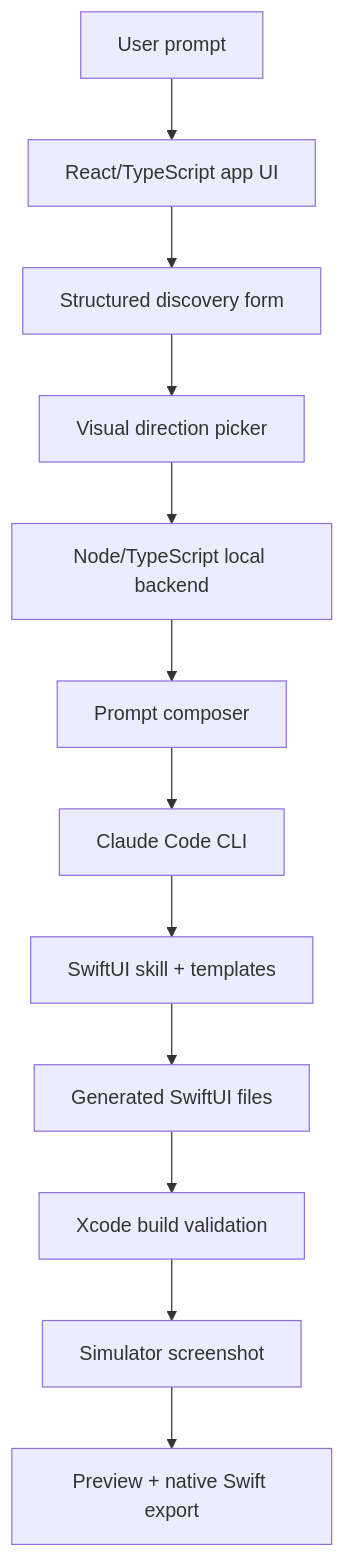
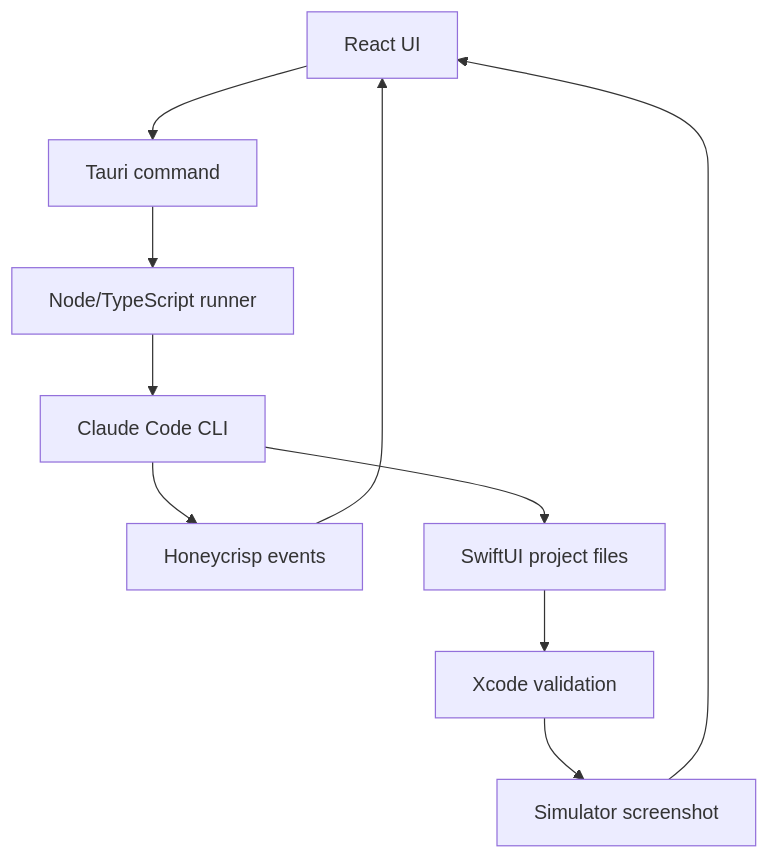
Before and after one commit to luketucich/Honeycrisp: the first of 2 diagrams in docs/architecture.md, drawn with Mermaid. The commit also changed other lines of this file, not shown here.

Commit message:
docs: make architecture doc more concise with codex

````diff
--- a/docs/architecture.md
+++ b/docs/architecture.md
@@ -45,14 +65,12 @@
 ```mermaid
 flowchart TD
-  A["User prompt"] --> B["React/TypeScript app UI"]
-  B --> C["Structured discovery form"]
-  C --> D["Visual direction picker"]
-  D --> E["Node/TypeScript local backend"]
-  E --> F["Prompt composer"]
-  F --> G["Claude Code CLI"]
-  G --> H["SwiftUI skill + templates"]
-  H --> I["Generated SwiftUI files"]
-  I --> J["Xcode build validation"]
-  J --> K["Simulator screenshot"]
-  K --> L["Preview + native Swift export"]
+  A["React UI"] --> B["Tauri command"]
+  B --> C["Node/TypeScript runner"]
+  C --> D["Claude Code CLI"]
+  D --> E["Honeycrisp events"]
+  E --> A
+  D --> F["SwiftUI project files"]
+  F --> G["Xcode validation"]
+  G --> H["Simulator screenshot"]
+  H --> A
 ```
````
